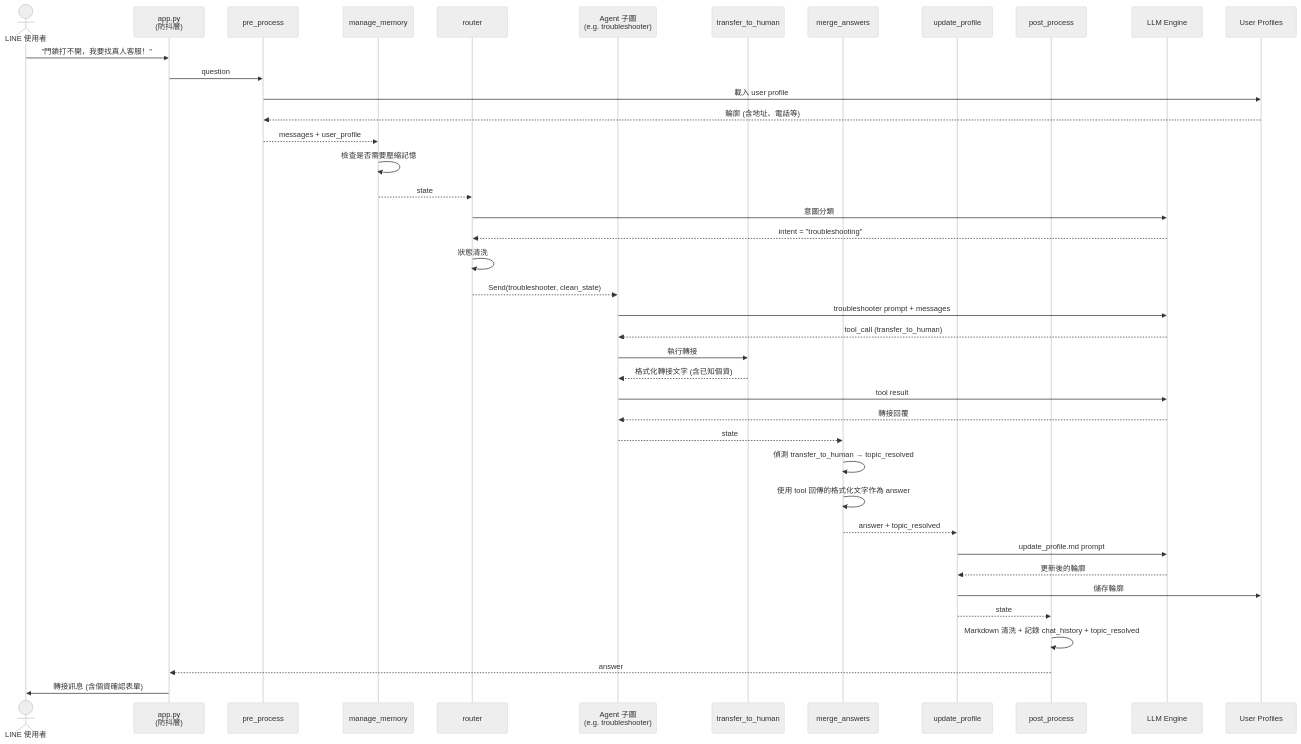
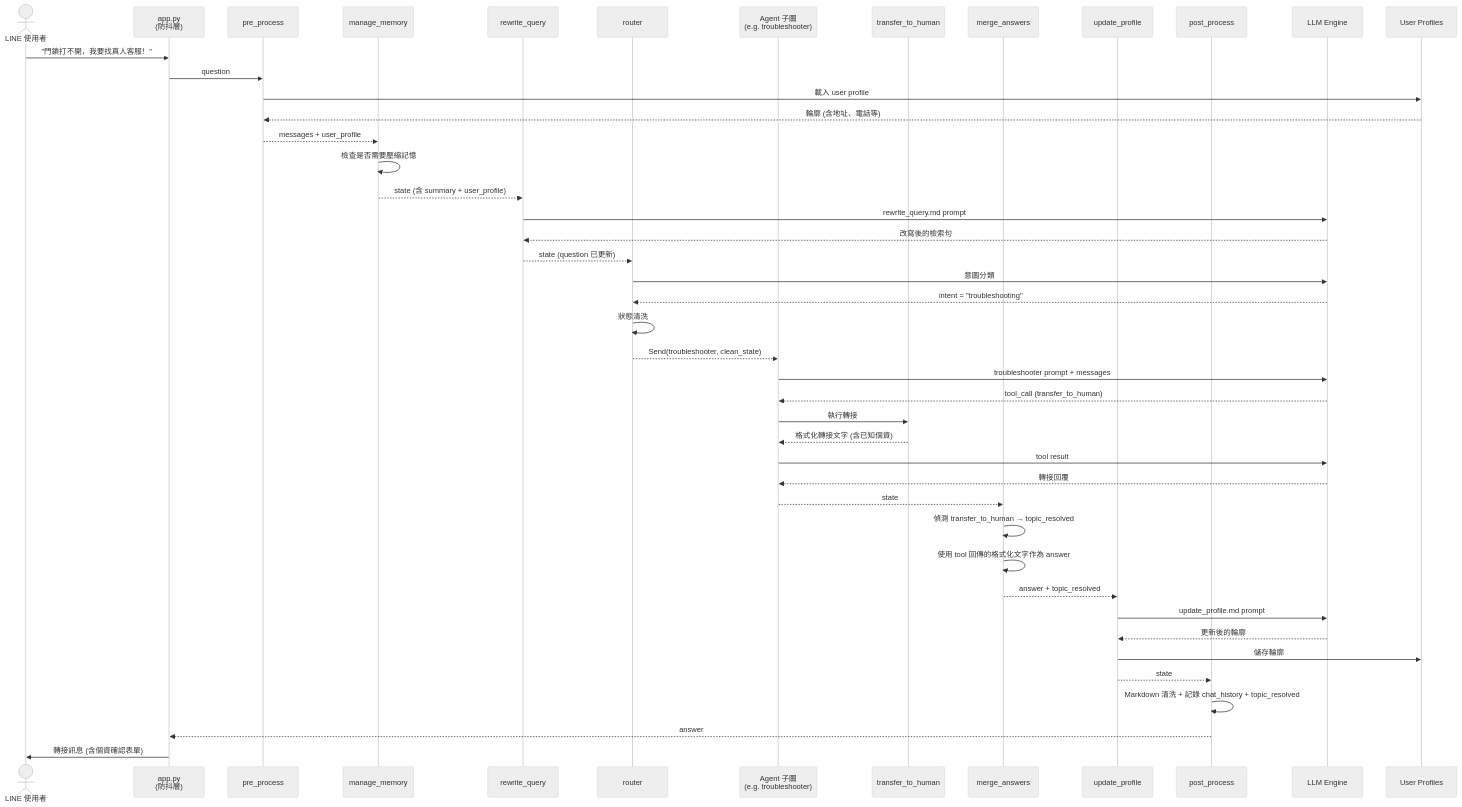
The fifth of 5 diagrams in docs/manuals/系統架構與流程圖.md (Imding1211/lock_AI_Agent), drawn with Mermaid (neutral theme) before and after one commit. The commit also changed other lines of this file and 14 other files, not shown here.

First line of the commit message:
fix: rewrite_query 新增「尊重原始意圖」規則，防止 Profile 覆蓋使用者明確指定的品牌；重新設計 main.py 測試案例對齊測試手冊

````diff
--- a/docs/manuals/系統架構與流程圖.md
+++ b/docs/manuals/系統架構與流程圖.md
@@ -369,51 +383,55 @@
 ```mermaid
 sequenceDiagram
     actor User as LINE 使用者
     participant App as app.py<br/>(防抖層)
     participant PP as pre_process
     participant MM as manage_memory
+    participant RW as rewrite_query
     participant RT as router
     participant Agent as Agent 子圖<br/>(e.g. troubleshooter)
     participant Tool as transfer_to_human
     participant MA as merge_answers
     participant UP as update_profile
     participant Post as post_process
     participant LLM as LLM Engine
     participant Profile as User Profiles
 
     User->>App: "門鎖打不開，我要找真人客服！"
     App->>PP: question
 
     PP->>Profile: 載入 user profile
     Profile-->>PP: 輪廓 (含地址、電話等)
     PP-->>MM: messages + user_profile
 
     MM->>MM: 檢查是否需要壓縮記憶
-    MM-->>RT: state
+    MM-->>RW: state (含 summary + user_profile)
+    RW->>LLM: rewrite_query.md prompt
+    LLM-->>RW: 改寫後的檢索句
+    RW-->>RT: state (question 已更新)
 
     RT->>LLM: 意圖分類
     LLM-->>RT: intent = "troubleshooting"
     RT->>RT: 狀態清洗
     RT-->>Agent: Send(troubleshooter, clean_state)
 
     Agent->>LLM: troubleshooter prompt + messages
     LLM-->>Agent: tool_call (transfer_to_human)
     Agent->>Tool: 執行轉接
     Tool-->>Agent: 格式化轉接文字 (含已知個資)
     Agent->>LLM: tool result
     LLM-->>Agent: 轉接回覆
 
     Agent-->>MA: state
     MA->>MA: 偵測 transfer_to_human → topic_resolved
     MA->>MA: 使用 tool 回傳的格式化文字作為 answer
 
     MA-->>UP: answer + topic_resolved
     UP->>LLM: update_profile.md prompt
     LLM-->>UP: 更新後的輪廓
     UP->>Profile: 儲存輪廓
 
     UP-->>Post: state
     Post->>Post: Markdown 清洗 + 記錄 chat_history + topic_resolved
     Post-->>App: answer
     App->>User: 轉接訊息 (含個資確認表單)
 ```
````
